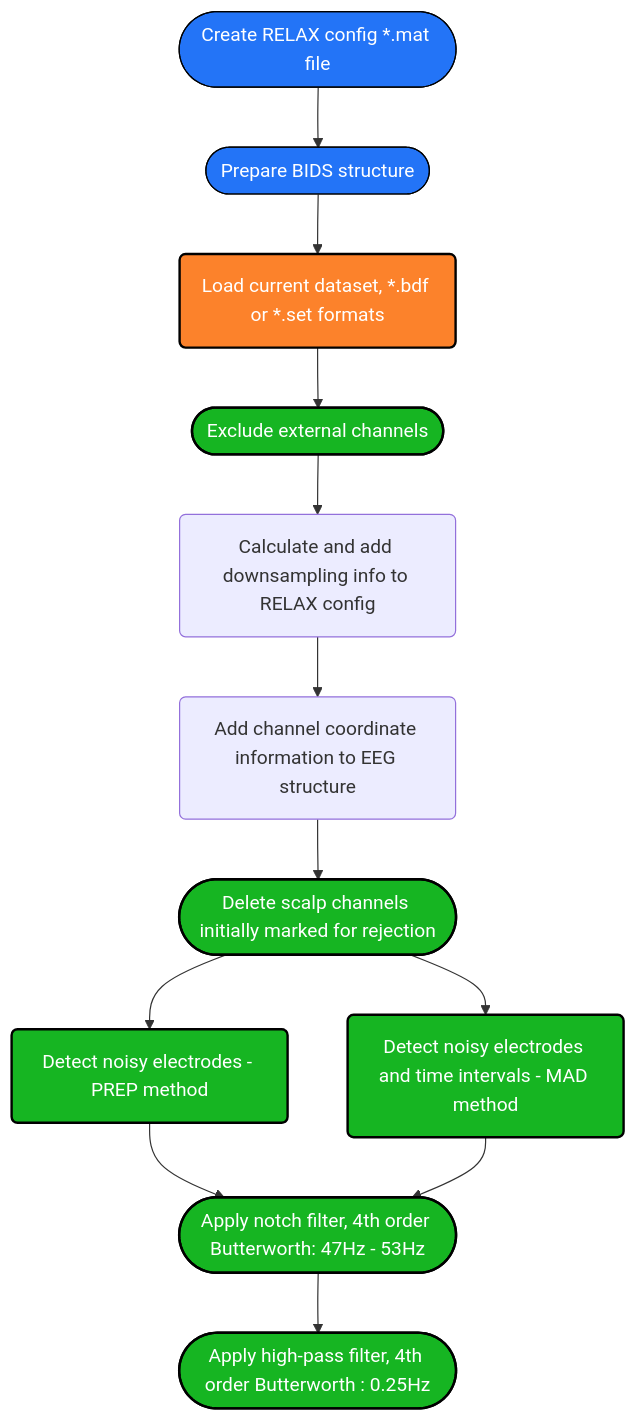
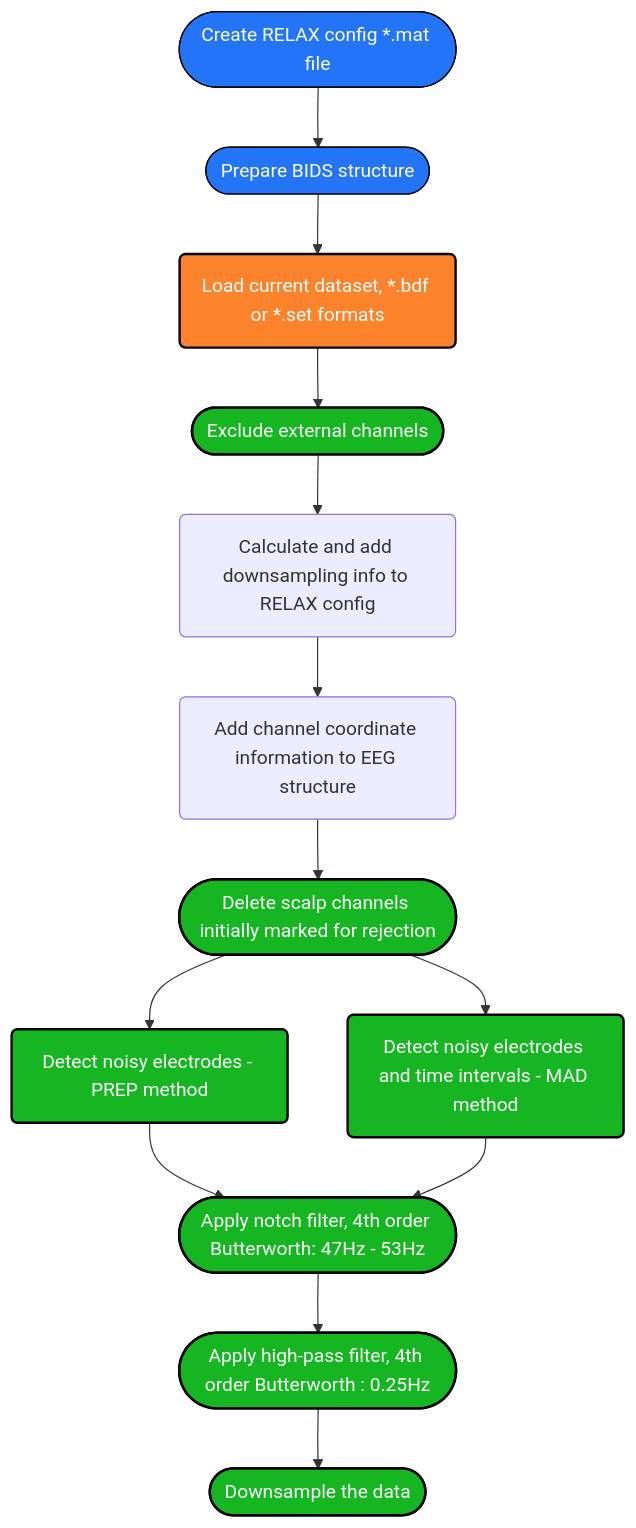
One commit to deebeebolger/Project_CeLaVie changed the diagram in Pipeline_Datafow_Chart.md. Above: the diagram before and after it, drawn with Mermaid.

````diff
--- a/Pipeline_Datafow_Chart.md
+++ b/Pipeline_Datafow_Chart.md
@@ -1,35 +1,36 @@
 ```mermaid
 flowchart TD
 %% Colors %%
 
 classDef blue fill:#2374f7, stroke:#000, stroke-width: px, color:#fff
 classDef orange fill:#fc822b,stroke:#000,stroke-width:2px,color:#fff
 classDef green fill:#16b522,stroke:#000,stroke-width:2px,color:#fff
 classDef mintgreen fill:#4DAB9A,stroke:#000,stroke-width:2px,color:#fff
 classDef mandarine fill:#FFA344,stroke:#000,stroke-width:2px,color:#fff
 classDef aubergine fill:#9A6DD7,stroke:#000,stroke-width:2px,color:#fff
 classDef red fill:#D44C47,stroke:#000,stroke-width:2px,color:#fff
 classDef grey fill:#979A9B,stroke:#000,stroke-width:2px,color:#fff
 
 
 Config([Create RELAX config *.mat file]):::blue -->
 BIDS([Prepare BIDS structure]):::blue
 click Config "https://github.com/deebeebolger/Project_CeLaVie/blob/main/DataflowChart_pages/Create_RELAX_conf_file.md" "Link"
 click BIDS "https://github.com/deebeebolger/Project_CeLaVie/blob/main/DataflowChart_pages/BIDS_structure.md" "Link"
 BIDS --> Ld(Load current dataset, *.bdf or *.set formats):::orange
 --> EXRej([Exclude external channels]):::green
 click EXRej "https://github.com/deebeebolger/Project_CeLaVie/blob/main/DataflowChart_pages/Exclude_external_chans.md" _blank
 EXRej --> AddRS(Calculate and add downsampling info to RELAX config)
 click AddRS "https://github.com/deebeebolger/Project_CeLaVie/blob/main/DataflowChart_pages/Downsampling.md" "Link"
 AddRS --> AddChan(Add channel coordinate information to EEG structure)
 click AddChan "https://github.com/deebeebolger/Project_CeLaVie/blob/main/DataflowChart_pages/Add_Channels_coordinates.md" "Link"
 AddChan --> ScalpRej([Delete scalp channels initially marked for rejection]):::green
 ScalpRej --> BadChanDetect(Detect noisy electrodes - PREP method):::green
 ScalpRej --> BadChanTimeDetect(Detect noisy electrodes and time intervals - MAD method):::green
 click BadChanDetect "https://github.com/deebeebolger/Project_CeLaVie/blob/main/DataflowChart_pages/BadChannelDetect_PREP.md" "Link"
 click BadChanTimeDetect "https://github.com/deebeebolger/Project_CeLaVie/blob/main/DataflowChart_pages/Bad_ChannelTime_Detect_MAD.md" "Link"
 BadChanDetect --> Notch([Apply notch filter, 4th order Butterworth: 47Hz - 53Hz]):::green
 BadChanTimeDetect --> Notch([Apply notch filter, 4th order Butterworth: 47Hz - 53Hz]):::green
 click Notch "https://github.com/deebeebolger/Project_CeLaVie/blob/main/DataflowChart_pages/Filtering.md" "Link"
 Notch --> HPfilt([Apply high-pass filter, 4th order Butterworth : 0.25Hz]):::green
+HPfilt --> RSamp([Downsample the data]):::green
 ```
````
